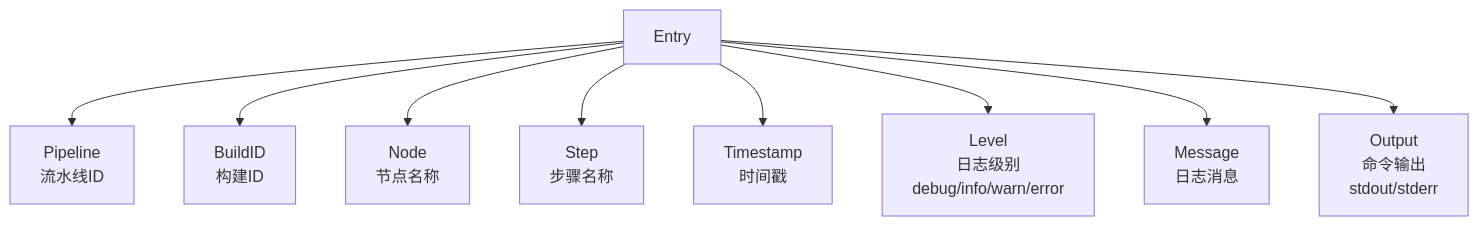
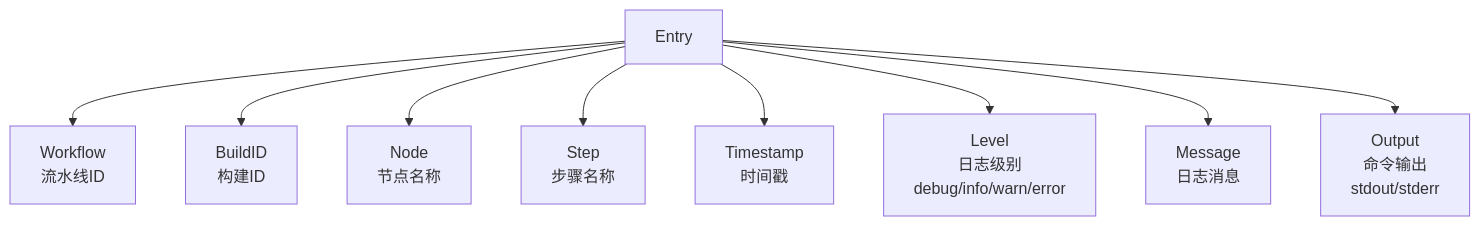
Before and after one commit to LerkoX/flowx: the second of 7 diagrams in logger/FLOWS.md, drawn with Mermaid. The commit also changed other lines of this file and 99 other files, not shown here.

First line of the commit message:
refactor: Pipeline 统一更名为 Workflow

````diff
--- a/logger/FLOWS.md
+++ b/logger/FLOWS.md
@@ -14,11 +14,11 @@
 ```mermaid
 flowchart TD
-    A[Entry] --> B[Pipeline<br/>流水线ID]
+    A[Entry] --> B[Workflow<br/>流水线ID]
     A --> C[BuildID<br/>构建ID]
     A --> D[Node<br/>节点名称]
     A --> E[Step<br/>步骤名称]
     A --> F[Timestamp<br/>时间戳]
     A --> G[Level<br/>日志级别<br/>debug/info/warn/error]
     A --> H[Message<br/>日志消息]
     A --> I[Output<br/>命令输出<br/>stdout/stderr]
 ```
````
